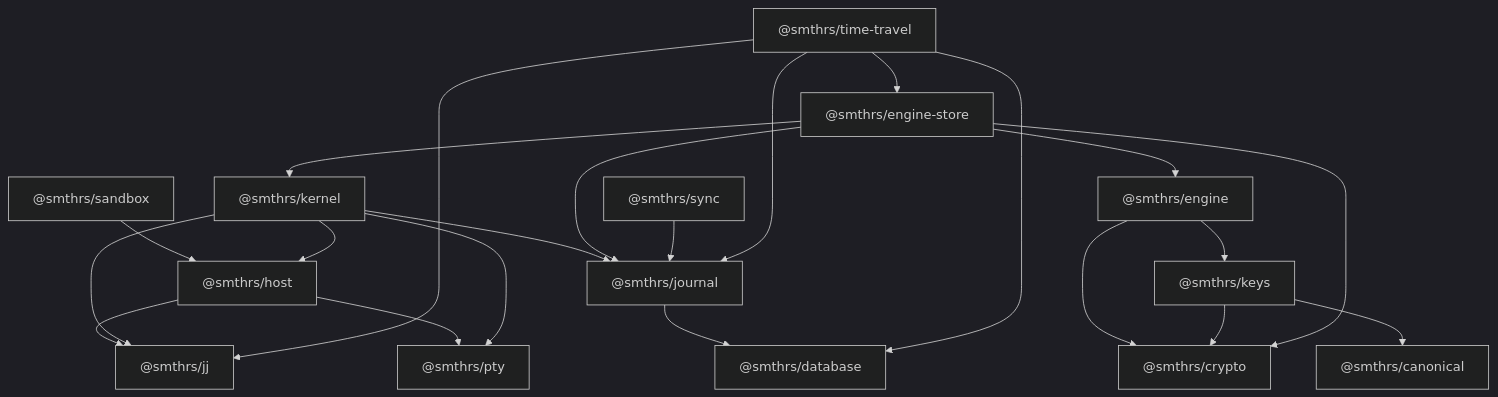
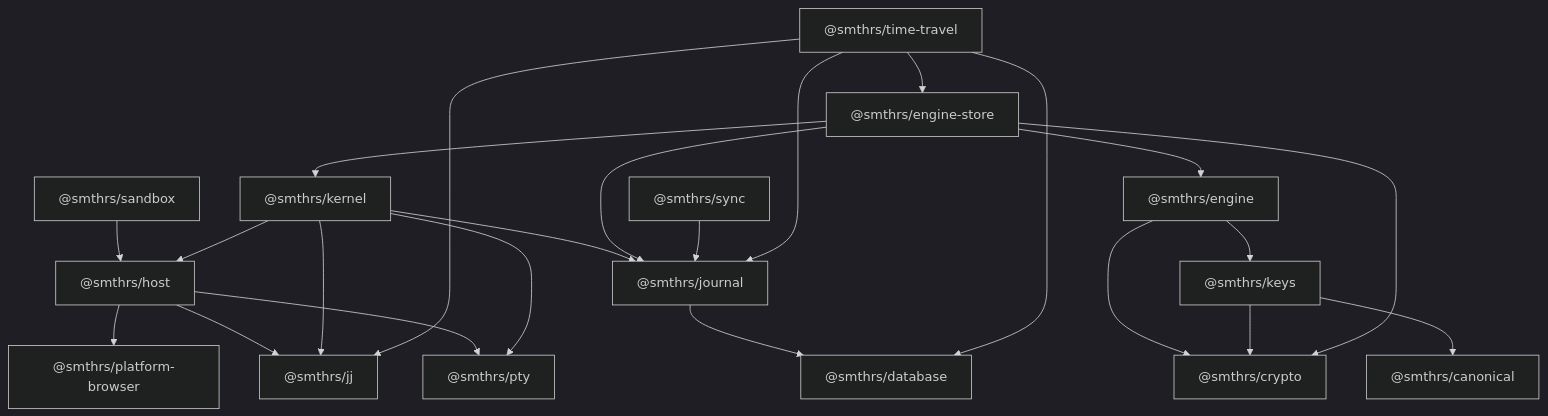
One commit to smithersai/flows changed the diagram in docs/architecture/package-map.md. Above: the diagram before and after it, drawn with Mermaid (dark theme). The commit also changed other lines of this file and 14 other files, not shown here.

Commit message:
📝 docs: add platform-browser to the package pages

````diff
--- a/docs/architecture/package-map.md
+++ b/docs/architecture/package-map.md
@@ -7,32 +7,34 @@
 ```mermaid
 flowchart TD
   H["@smthrs/host"]
   JJ["@smthrs/jj"]
   PTY["@smthrs/pty"]
   SB["@smthrs/sandbox"]
+  PB["@smthrs/platform-browser"]
   D["@smthrs/database"]
   C["@smthrs/canonical"]
   Crypto["@smthrs/crypto"]
 
   J["@smthrs/journal"] --> D
   H --> JJ
   H --> PTY
+  H --> PB
   SB --> H
   K["@smthrs/kernel"] --> H
   K --> JJ
   K --> PTY
   K --> J
   W["@smthrs/engine"] --> Keys["@smthrs/keys"]
   W --> Crypto
   Keys --> C
   Keys --> Crypto
   E["@smthrs/engine-store"] --> W
   E --> Crypto
   E --> J
   E --> K
   S["@smthrs/sync"] --> J
   T["@smthrs/time-travel"] --> D
   T --> E
   T --> JJ
   T --> J
 ```
````
